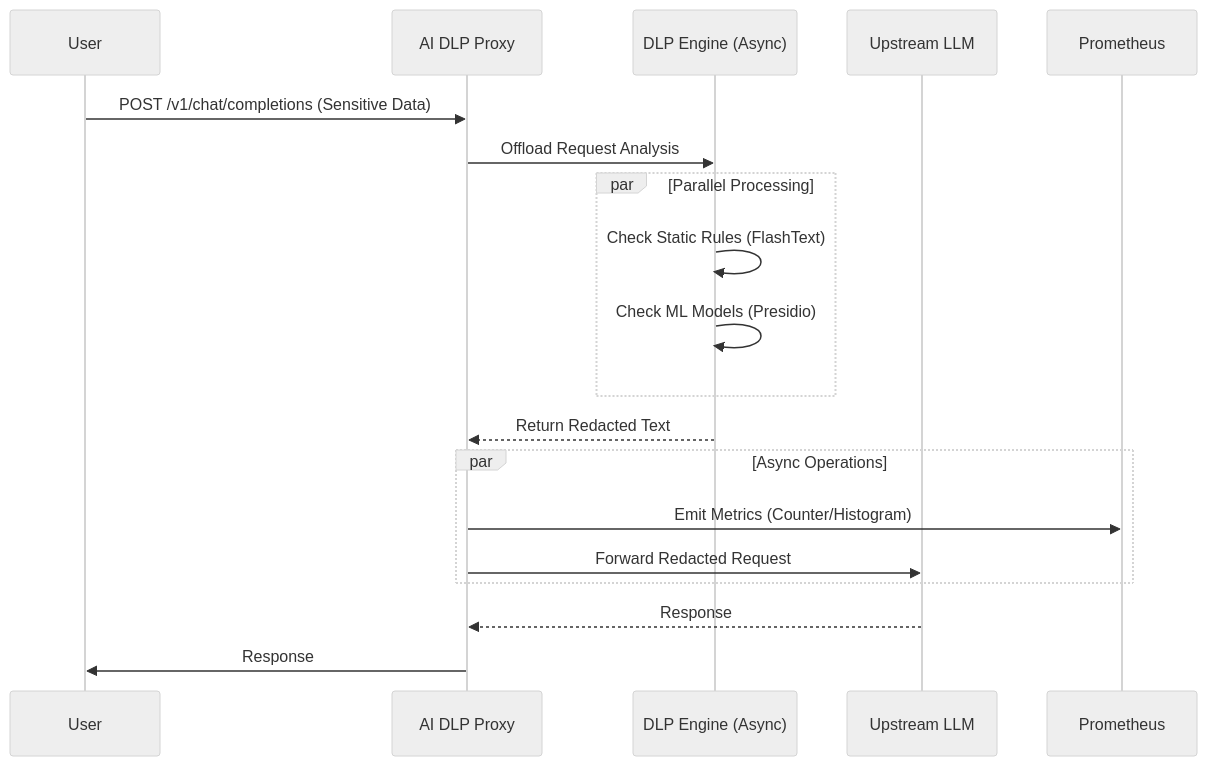
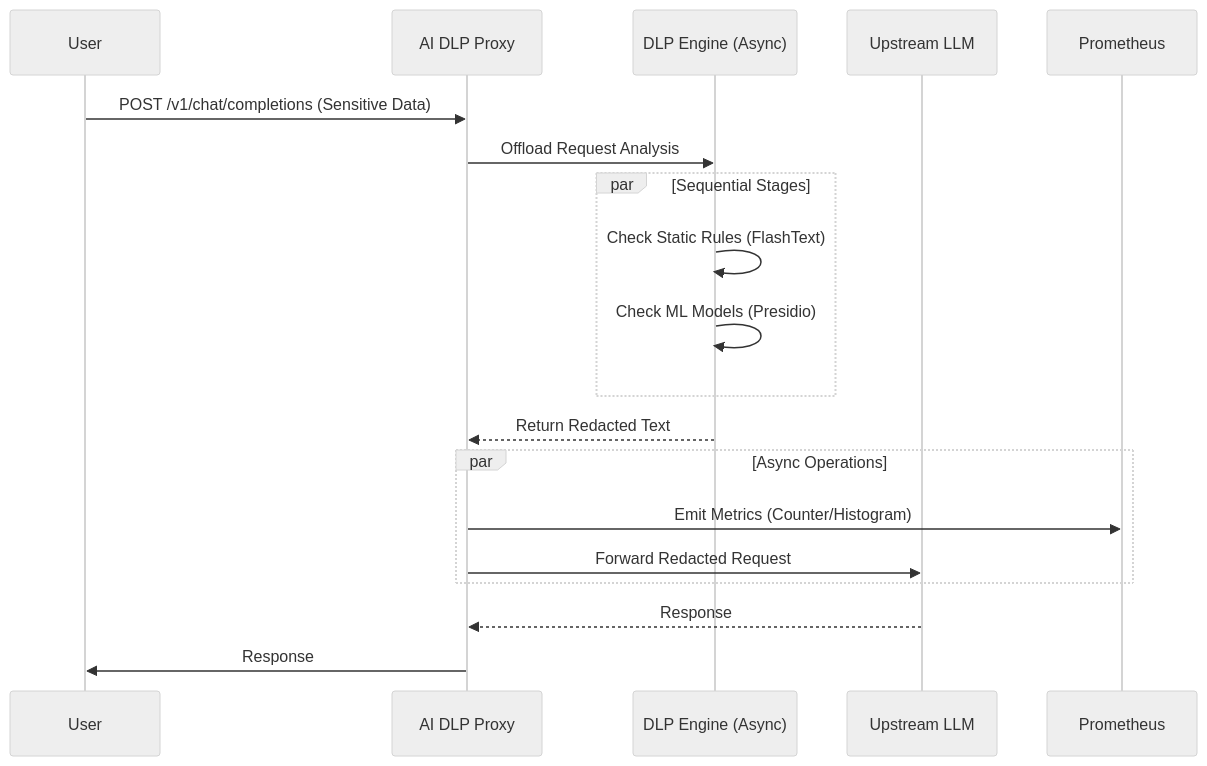
Before and after one commit to fabriziosalmi/aidlp: the diagram in docs/guide/architecture.md, drawn with Mermaid (neutral theme). The commit also changed other lines of this file and 15 other files, not shown here.

````diff
--- a/docs/guide/architecture.md
+++ b/docs/guide/architecture.md
@@ -9,26 +9,26 @@
 ```mermaid
 sequenceDiagram
     participant User
     participant Proxy as AI DLP Proxy
     participant DLP as DLP Engine (Async)
     participant LLM as Upstream LLM
     participant Metrics as Prometheus
 
     User->>Proxy: POST /v1/chat/completions (Sensitive Data)
     Proxy->>DLP: Offload Request Analysis
 
-    par Parallel Processing
+    par Sequential Stages
         DLP->>DLP: Check Static Rules (FlashText)
         DLP->>DLP: Check ML Models (Presidio)
     end
 
     DLP-->>Proxy: Return Redacted Text
 
     par Async Operations
         Proxy->>Metrics: Emit Metrics (Counter/Histogram)
         Proxy->>LLM: Forward Redacted Request
     end
 
     LLM-->>Proxy: Response
     Proxy->>User: Response
 ```
````
